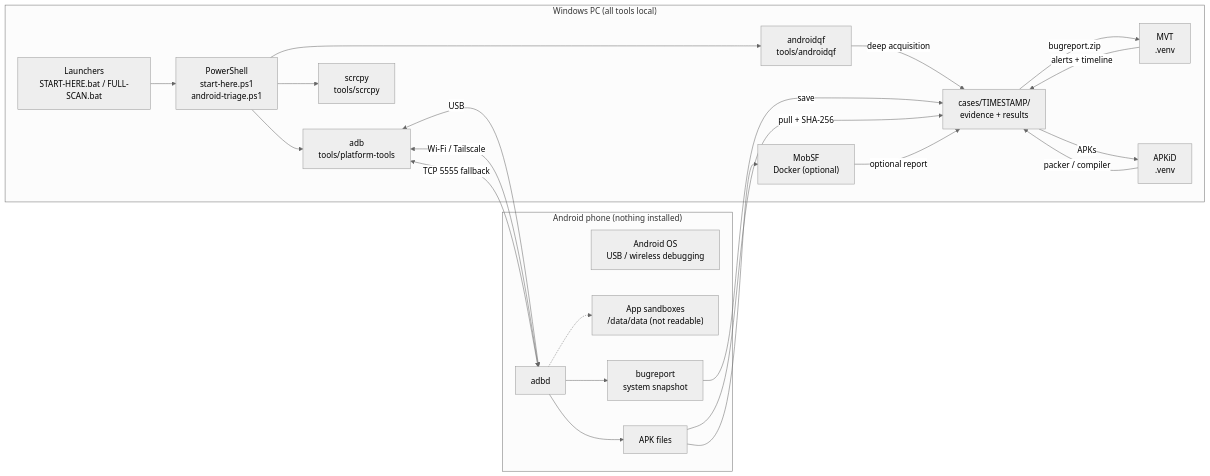
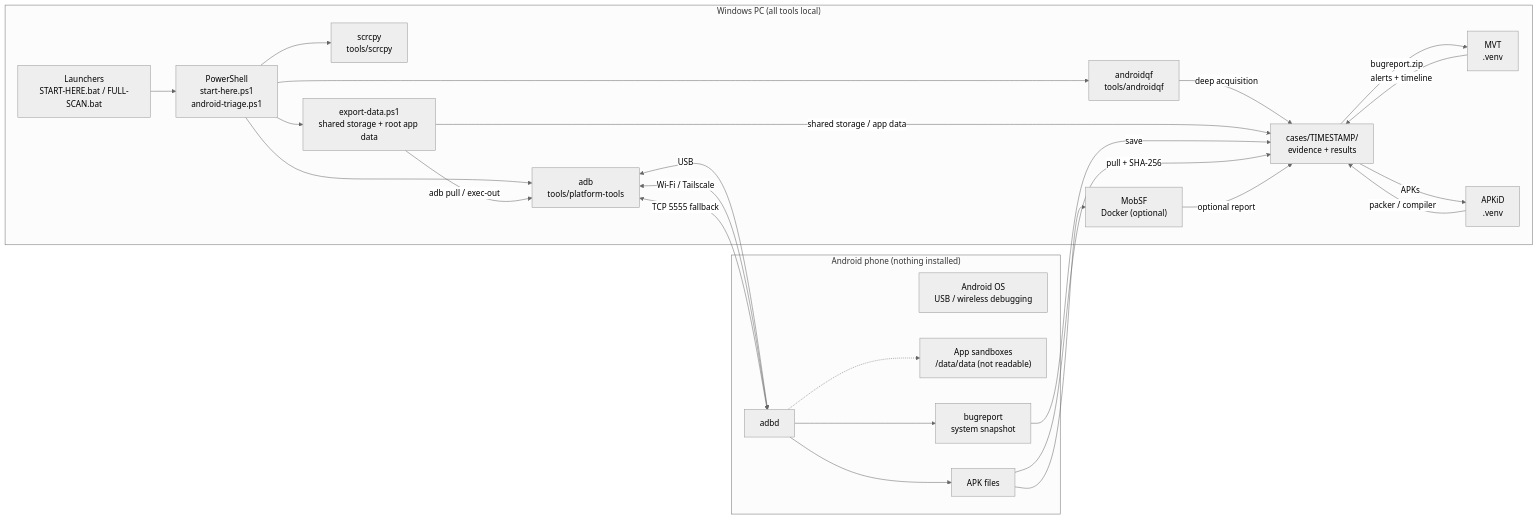
The first of 3 diagrams in ARCHITECTURE.md (Atul2512anand/android-security-triage), drawn with Mermaid (neutral theme) before and after one commit. The commit also changed other lines of this file and 7 other files, not shown here.

Commit message:
feat: add personal data export and extraction guide

````diff
--- a/ARCHITECTURE.md
+++ b/ARCHITECTURE.md
@@ -43,42 +46,46 @@
 ```mermaid
 flowchart LR
     subgraph PHONE["Android phone (nothing installed)"]
         OS["Android OS<br/>USB / wireless debugging"]
         ADBD["adbd"]
         APPS["App sandboxes<br/>/data/data (not readable)"]
         BR["bugreport<br/>system snapshot"]
         APKS["APK files"]
     end
 
     subgraph PC["Windows PC (all tools local)"]
         BAT["Launchers<br/>START-HERE.bat / FULL-SCAN.bat"]
         PS["PowerShell<br/>start-here.ps1<br/>android-triage.ps1"]
         ADB["adb<br/>tools/platform-tools"]
         AQF["androidqf<br/>tools/androidqf"]
         MVT["MVT<br/>.venv"]
         APKID["APKiD<br/>.venv"]
         SCR["scrcpy<br/>tools/scrcpy"]
         MOB["MobSF<br/>Docker (optional)"]
+        EXP["export-data.ps1<br/>shared storage + root app data"]
         CASE["cases/TIMESTAMP/<br/>evidence + results"]
     end
 
     BAT --> PS
     PS --> ADB
     PS --> AQF
     PS --> SCR
+    PS --> EXP
+    EXP -->|adb pull / exec-out| ADB
     AQF -->|deep acquisition| CASE
+    EXP -->|shared storage / app data| CASE
     ADB <-->|USB| ADBD
     ADB <-->|Wi-Fi / Tailscale| ADBD
     ADB <-->|TCP 5555 fallback| ADBD
     ADBD --> BR
     ADBD --> APKS
     ADBD -.-> APPS
     BR -->|save| CASE
     APKS -->|pull + SHA-256| CASE
     CASE -->|bugreport.zip| MVT
     CASE -->|APKs| APKID
     APKS --> MOB
     MVT -->|alerts + timeline| CASE
     APKID -->|packer / compiler| CASE
     MOB -->|optional report| CASE
 ```
````
